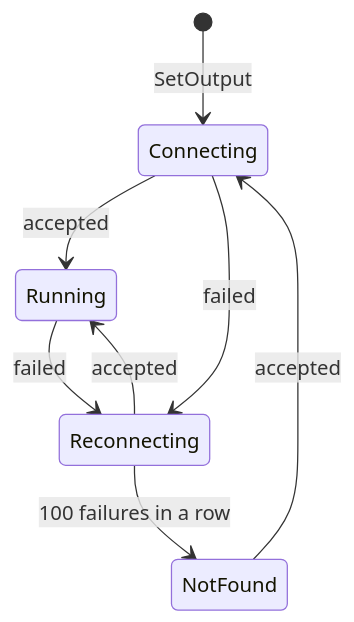
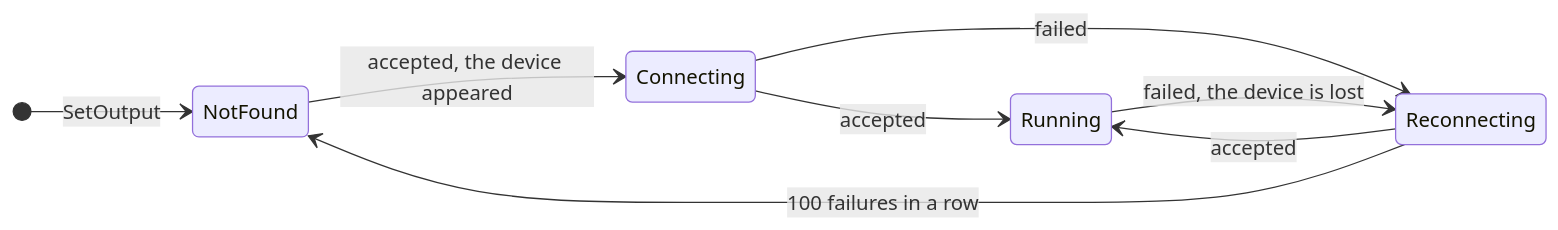
The third of 4 diagrams in docs/engine.md (abossard/bossylights), drawn with Mermaid before and after one commit. The commit also changed other lines of this file and 4 other files, not shown here.

Commit message:
docs: the mockup screenshots show the whole top bar, taken from the committed mockups at 1480 wide; engine.md: every output starts NotFound, an adapter not there yet is looked for, not refused (#116)

````diff
--- a/docs/engine.md
+++ b/docs/engine.md
@@ -81,10 +81,11 @@
 ```mermaid
 stateDiagram-v2
-  [*] --> Connecting: SetOutput
+  direction LR
+  [*] --> NotFound: SetOutput
+  NotFound --> Connecting: accepted, the device appeared
   Connecting --> Running: accepted
-  Running --> Reconnecting: failed
   Connecting --> Reconnecting: failed
+  Running --> Reconnecting: failed, the device is lost
   Reconnecting --> Running: accepted
   Reconnecting --> NotFound: 100 failures in a row
-  NotFound --> Connecting: accepted
 ```
````
